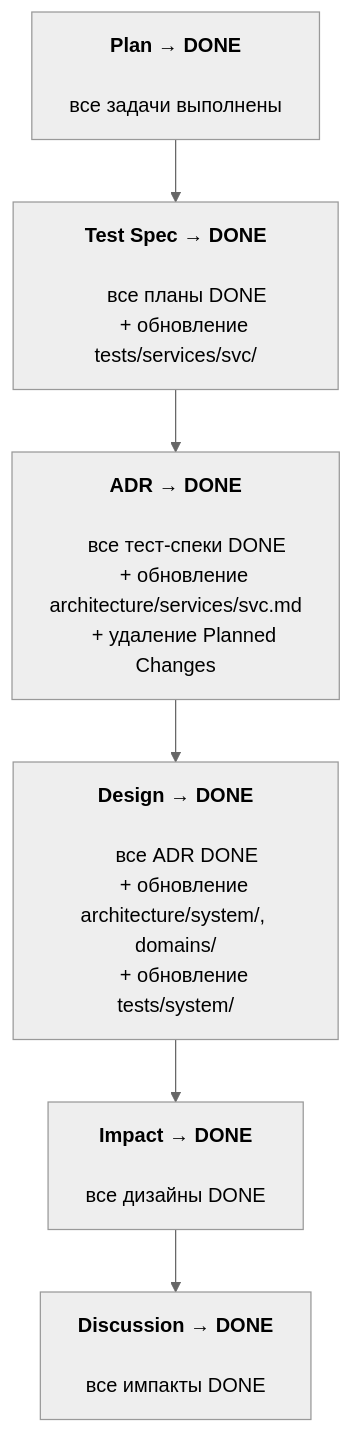
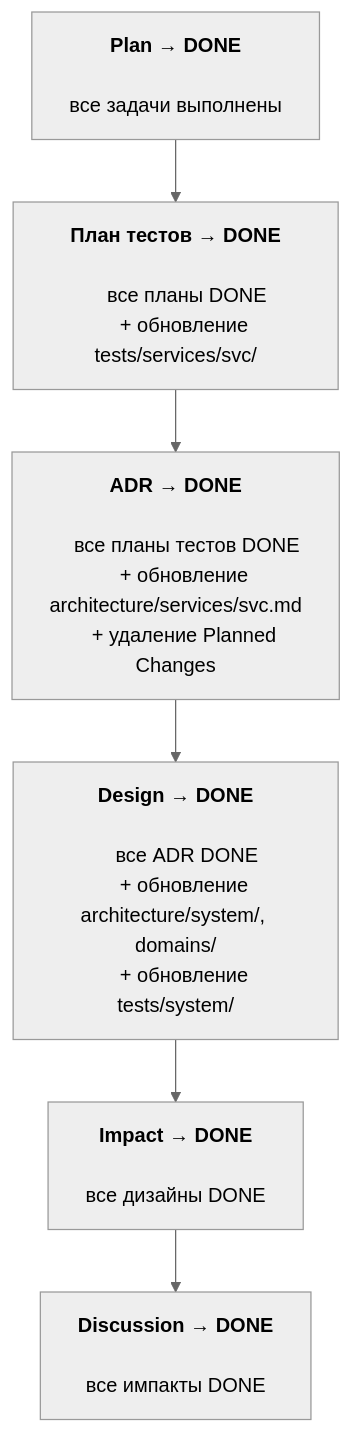
The third of 5 diagrams in .claude/drafts/examples/2026-02-08-specs-architecture.md (NSEvteev/FullSpec), drawn with Mermaid (neutral theme) before and after one commit. The commit also changed other lines of this file and 19 other files, not shown here.

````diff
--- a/.claude/drafts/examples/2026-02-08-specs-architecture.md
+++ b/.claude/drafts/examples/2026-02-08-specs-architecture.md
@@ -307,37 +307,37 @@
 ```mermaid
 graph TD
     PD["<b>Plan → DONE</b>
 
     все задачи выполнены"]
 
-    TD["<b>Test Spec → DONE</b>
+    TD["<b>План тестов → DONE</b>
 
     все планы DONE
     + обновление tests/services/svc/"]
 
     AD["<b>ADR → DONE</b>
 
-    все тест-спеки DONE
+    все планы тестов DONE
     + обновление architecture/services/svc.md
     + удаление Planned Changes"]
 
     DD["<b>Design → DONE</b>
 
     все ADR DONE
     + обновление architecture/system/, domains/
     + обновление tests/system/"]
 
     ID["<b>Impact → DONE</b>
 
     все дизайны DONE"]
 
     DISCD["<b>Discussion → DONE</b>
 
     все импакты DONE"]
 
     PD --> TD
     TD --> AD
     AD --> DD
     DD --> ID
     ID --> DISCD
 ```
````
